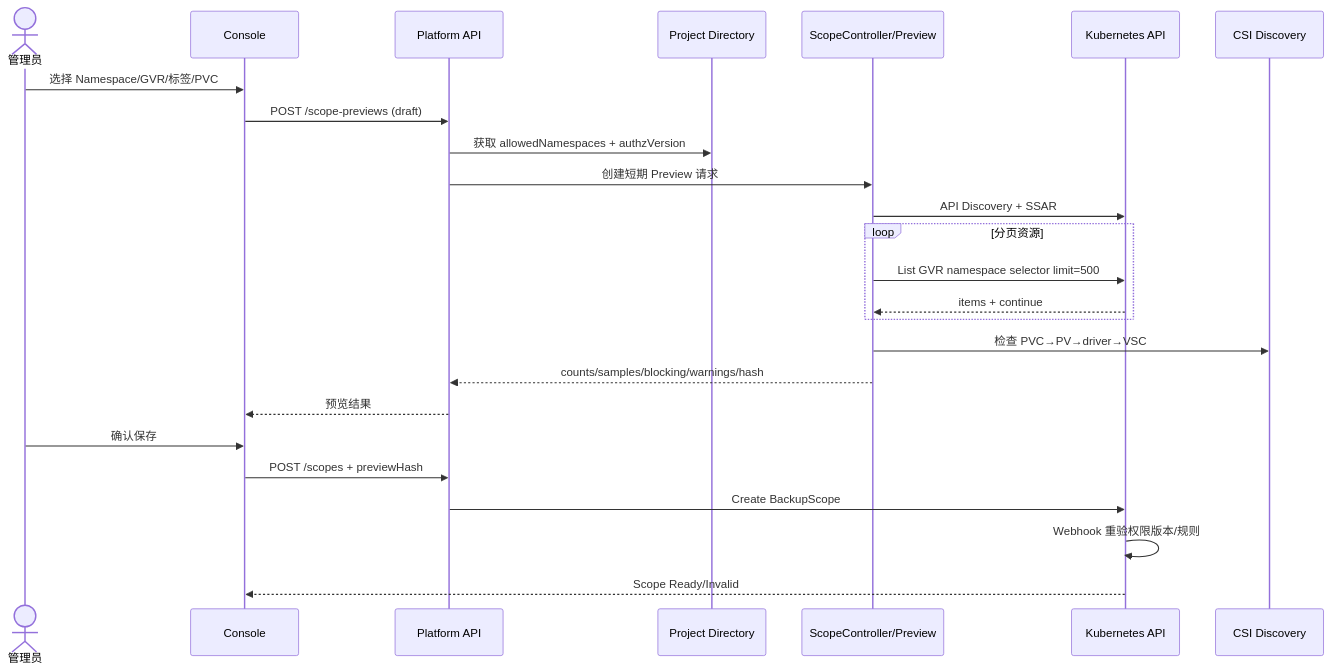
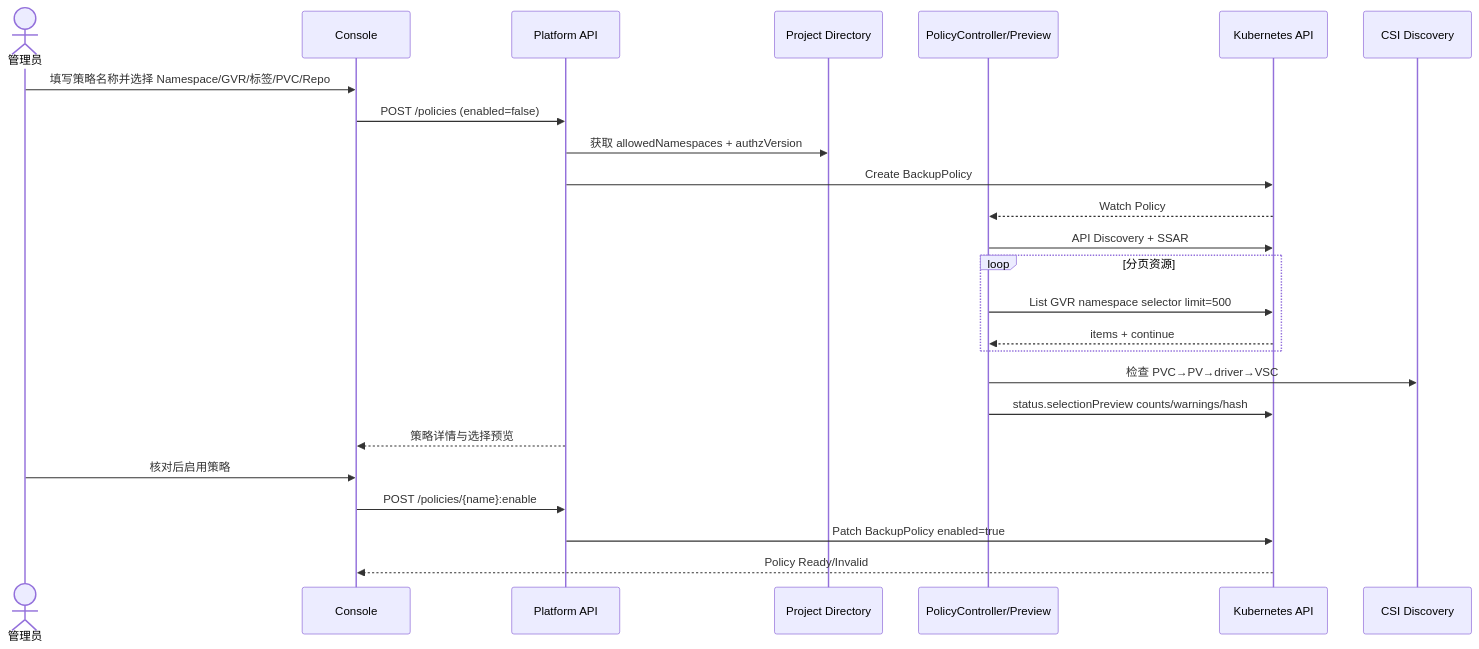
The second of 16 diagrams in docs/backup-restore/05-备份恢复流程设计.md (544129603/backup-restore), drawn with Mermaid before and after one commit. The commit also changed other lines of this file and 11 other files, not shown here.

````diff
--- a/docs/backup-restore/05-备份恢复流程设计.md
+++ b/docs/backup-restore/05-备份恢复流程设计.md
@@ -41,27 +41,27 @@
 ```mermaid
 sequenceDiagram
   actor U as 管理员
   participant UI as Console
   participant API as Platform API
   participant DIR as Project Directory
-  participant SC as ScopeController/Preview
+  participant PC as PolicyController/Preview
   participant K as Kubernetes API
   participant CSI as CSI Discovery
-  U->>UI: 选择 Namespace/GVR/标签/PVC
-  UI->>API: POST /scope-previews (draft)
+  U->>UI: 填写策略名称并选择 Namespace/GVR/标签/PVC/Repo
+  UI->>API: POST /policies (enabled=false)
   API->>DIR: 获取 allowedNamespaces + authzVersion
-  API->>SC: 创建短期 Preview 请求
-  SC->>K: API Discovery + SSAR
+  API->>K: Create BackupPolicy
+  K-->>PC: Watch Policy
+  PC->>K: API Discovery + SSAR
   loop 分页资源
-    SC->>K: List GVR namespace selector limit=500
-    K-->>SC: items + continue
+    PC->>K: List GVR namespace selector limit=500
+    K-->>PC: items + continue
   end
-  SC->>CSI: 检查 PVC→PV→driver→VSC
-  SC-->>API: counts/samples/blocking/warnings/hash
-  API-->>UI: 预览结果
-  U->>UI: 确认保存
-  UI->>API: POST /scopes + previewHash
-  API->>K: Create BackupScope
-  K->>K: Webhook 重验权限版本/规则
-  K-->>UI: Scope Ready/Invalid
+  PC->>CSI: 检查 PVC→PV→driver→VSC
+  PC->>K: status.selectionPreview counts/warnings/hash
+  API-->>UI: 策略详情与选择预览
+  U->>UI: 核对后启用策略
+  UI->>API: POST /policies/{name}:enable
+  API->>K: Patch BackupPolicy enabled=true
+  K-->>UI: Policy Ready/Invalid
 ```
````
